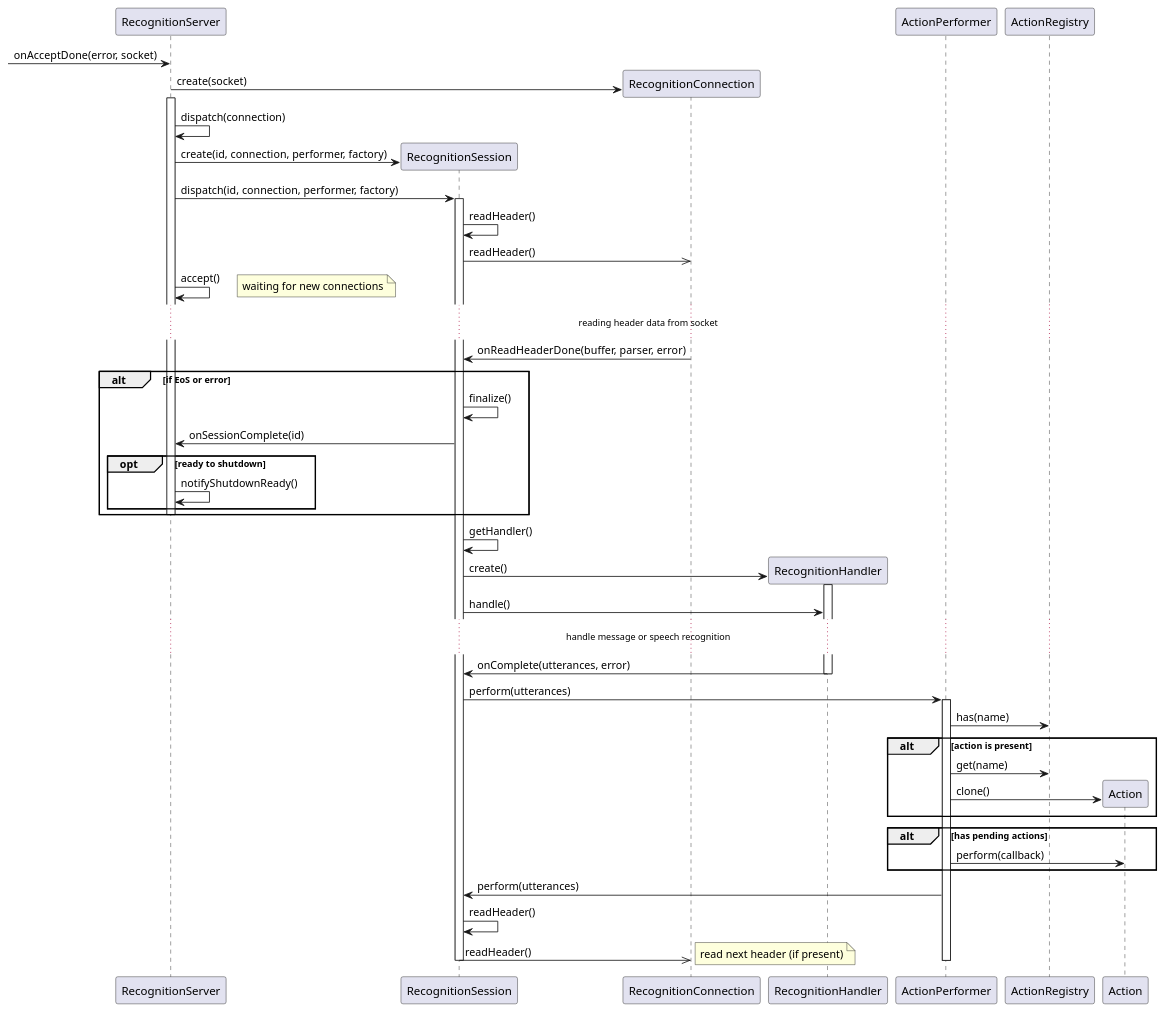
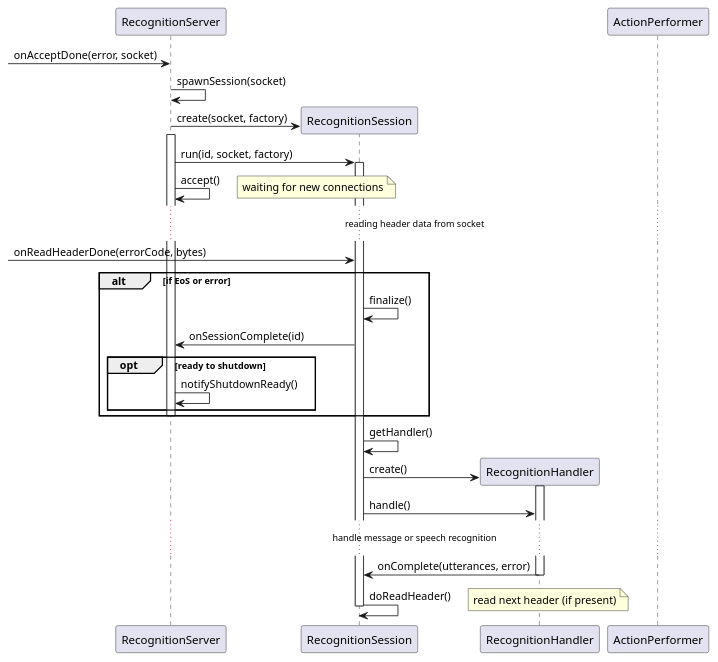
One commit to denoming/rintento changed the fifth of 9 diagrams in src/intent/doc/intent.md. Above: the diagram before and after it, drawn with PlantUML. The commit also changed other lines of this file and 4 other files, not shown here.

````diff
--- a/src/intent/doc/intent.md
+++ b/src/intent/doc/intent.md
@@ -173,58 +154,40 @@
 ```plantuml
 @startuml
 
 participant RecognitionServer
 participant RecognitionSession
-participant RecognitionConnection
 
 -> RecognitionServer : onAcceptDone(error, socket)
-create RecognitionConnection
-RecognitionServer -> RecognitionConnection : create(socket) 
+RecognitionServer -> RecognitionServer : spawnSession(socket)
+create RecognitionSession
+RecognitionServer -> RecognitionSession : create(socket, factory) 
 activate RecognitionServer
-RecognitionServer -> RecognitionServer : dispatch(connection)
-create RecognitionSession
-RecognitionServer -> RecognitionSession : create(id, connection, performer, factory)
-RecognitionServer -> RecognitionSession : dispatch(id, connection, performer, factory)
+RecognitionServer -> RecognitionSession : run(id, socket, factory)
 activate RecognitionSession
-RecognitionSession -> RecognitionSession : readHeader()
-RecognitionSession ->> RecognitionConnection : readHeader()
 RecognitionServer -> RecognitionServer : accept()
 note right: waiting for new connections
 ...reading header data from socket...
-RecognitionConnection -> RecognitionSession : onReadHeaderDone(buffer, parser, error)
+-> RecognitionSession : onReadHeaderDone(errorCode, bytes)
 alt if EoS or error
     RecognitionSession -> RecognitionSession : finalize()
     RecognitionSession -> RecognitionServer : onSessionComplete(id)
     opt ready to shutdown
         RecognitionServer -> RecognitionServer : notifyShutdownReady()
     end
     deactivate RecognitionServer
 end
 RecognitionSession -> RecognitionSession : getHandler()
 create RecognitionHandler
 RecognitionSession -> RecognitionHandler : create()
 activate RecognitionHandler
 RecognitionSession -> RecognitionHandler : handle()
 ...handle message or speech recognition...
 RecognitionHandler -> RecognitionSession : onComplete(utterances, error)
 deactivate RecognitionHandler
-RecognitionSession -> ActionPerformer : perform(utterances)
-activate ActionPerformer
-ActionPerformer -> ActionRegistry : has(name)
-alt action is present
-    ActionPerformer -> ActionRegistry : get(name)
-    create Action
-    ActionPerformer -> Action : clone()
-end
-alt has pending actions
-    ActionPerformer -> Action : perform(callback)
-end
-RecognitionSession <- ActionPerformer : perform(utterances)
-RecognitionSession -> RecognitionSession : readHeader()
-RecognitionSession ->> RecognitionConnection : readHeader()
+RecognitionSession -> RecognitionSession : doReadHeader()
 note right: read next header (if present)
 deactivate ActionPerformer
 deactivate RecognitionSession
 
 @enduml
 ```
````
